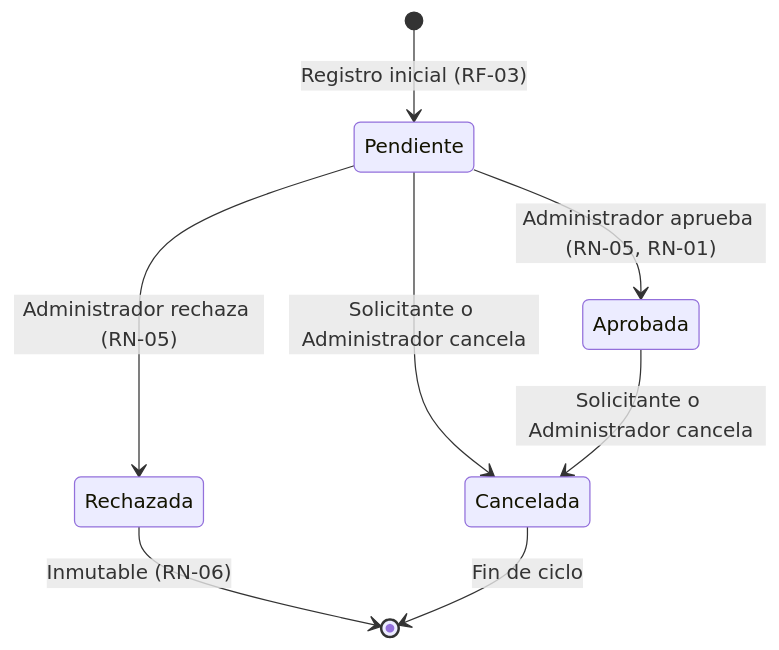
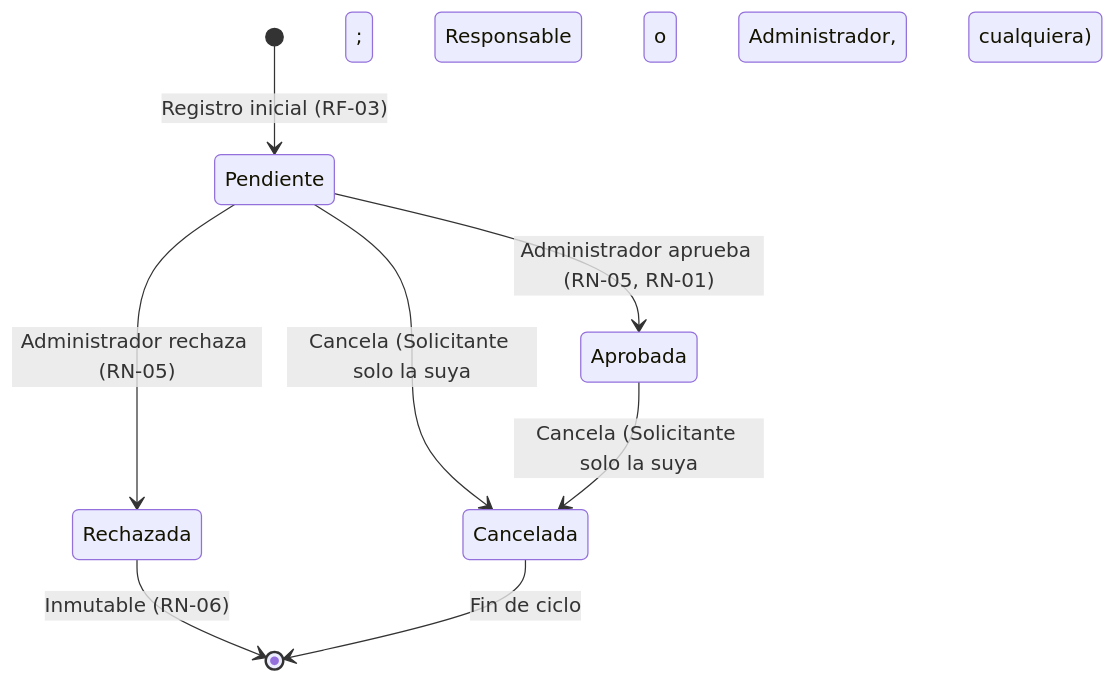
One commit to Kody2003/ReservaUPLA changed the fourth of 5 diagrams in docs/S01_ANALISIS.md. Above: the diagram before and after it, drawn with Mermaid. The commit also changed other lines of this file, not shown here.

````diff
--- a/docs/S01_ANALISIS.md
+++ b/docs/S01_ANALISIS.md
@@ -231,10 +232,10 @@
 ```mermaid
 stateDiagram-v2
     [*] --> Pendiente : Registro inicial (RF-03)
     Pendiente --> Aprobada : Administrador aprueba (RN-05, RN-01)
     Pendiente --> Rechazada : Administrador rechaza (RN-05)
-    Pendiente --> Cancelada : Solicitante o Administrador cancela
-    Aprobada --> Cancelada : Solicitante o Administrador cancela
+    Pendiente --> Cancelada : Cancela (Solicitante solo la suya; Responsable o Administrador, cualquiera)
+    Aprobada --> Cancelada : Cancela (Solicitante solo la suya; Responsable o Administrador, cualquiera)
     Rechazada --> [*] : Inmutable (RN-06)
     Cancelada --> [*] : Fin de ciclo
 ```
````
